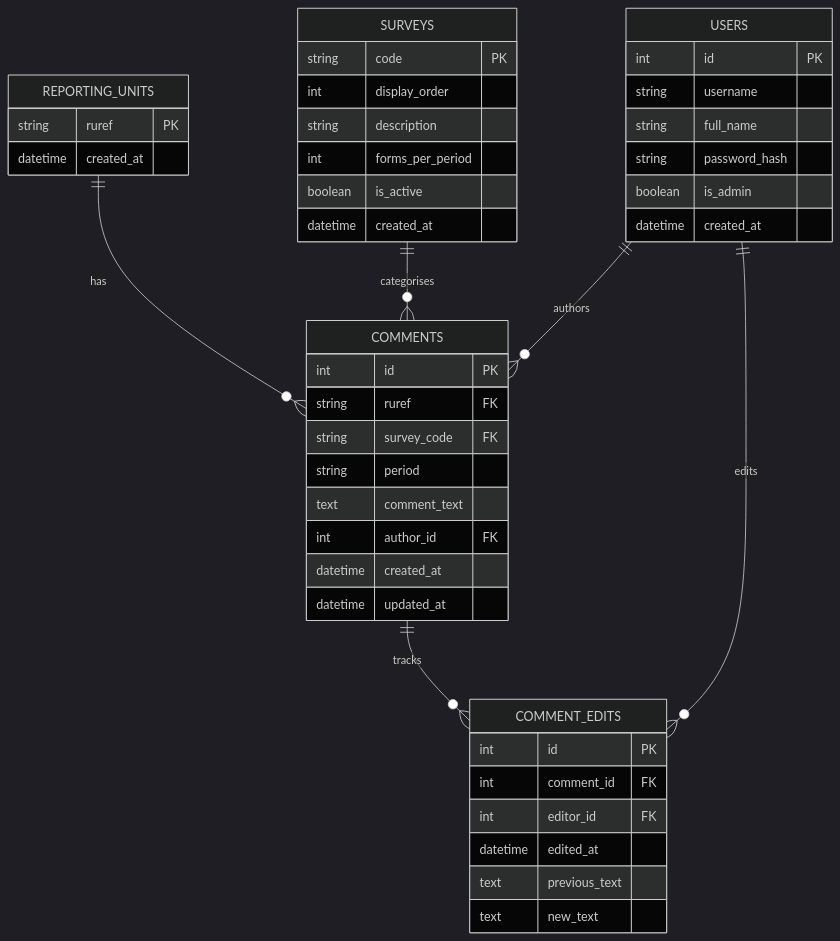
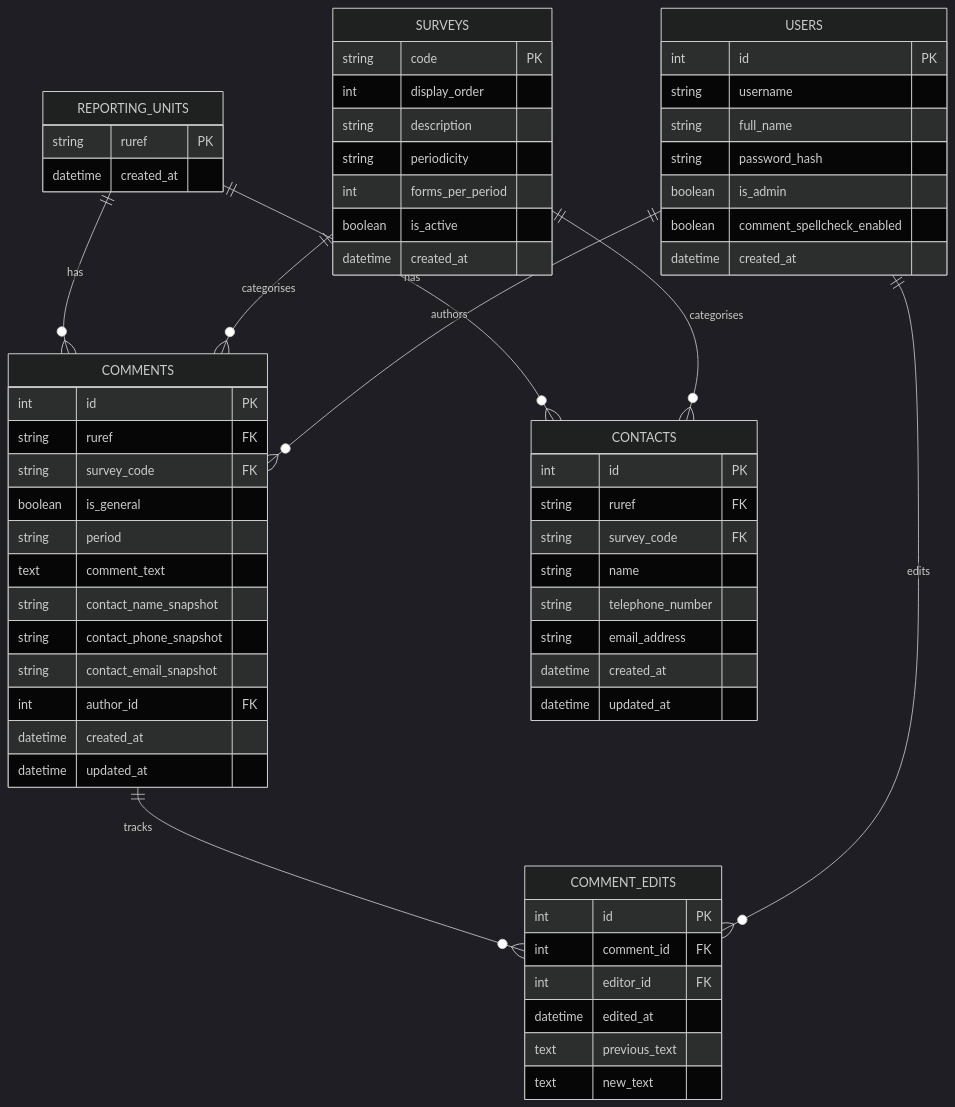
One commit to dominicshields/Contributor-Comments changed the diagram in README.md. Above: the diagram before and after it, drawn with Mermaid (dark theme). The commit also changed other lines of this file and 5 other files, not shown here.

````diff
--- a/README.md
+++ b/README.md
@@ -48,51 +57,71 @@
 ```mermaid
 erDiagram
 	USERS {
 		int id PK
 		string username
 		string full_name
 		string password_hash
 		boolean is_admin
+		boolean comment_spellcheck_enabled
 		datetime created_at
 	}
 
 	REPORTING_UNITS {
 		string ruref PK
 		datetime created_at
 	}
 
 	SURVEYS {
 		string code PK
 		int display_order
 		string description
+		string periodicity
 		int forms_per_period
 		boolean is_active
 		datetime created_at
 	}
 
 	COMMENTS {
 		int id PK
 		string ruref FK
 		string survey_code FK
+		boolean is_general
 		string period
 		text comment_text
+		string contact_name_snapshot
+		string contact_phone_snapshot
+		string contact_email_snapshot
 		int author_id FK
 		datetime created_at
 		datetime updated_at
 	}
 
 	COMMENT_EDITS {
 		int id PK
 		int comment_id FK
 		int editor_id FK
 		datetime edited_at
 		text previous_text
 		text new_text
 	}
 
+	CONTACTS {
+		int id PK
+		string ruref FK
+		string survey_code FK
+		string name
+		string telephone_number
+		string email_address
+		datetime created_at
+		datetime updated_at
+	}
+
 	REPORTING_UNITS ||--o{ COMMENTS : has
+	REPORTING_UNITS ||--o{ CONTACTS : has
 	SURVEYS ||--o{ COMMENTS : categorises
+	SURVEYS ||--o{ CONTACTS : categorises
 	USERS ||--o{ COMMENTS : authors
 	COMMENTS ||--o{ COMMENT_EDITS : tracks
 	USERS ||--o{ COMMENT_EDITS : edits
+	
 ```
````
